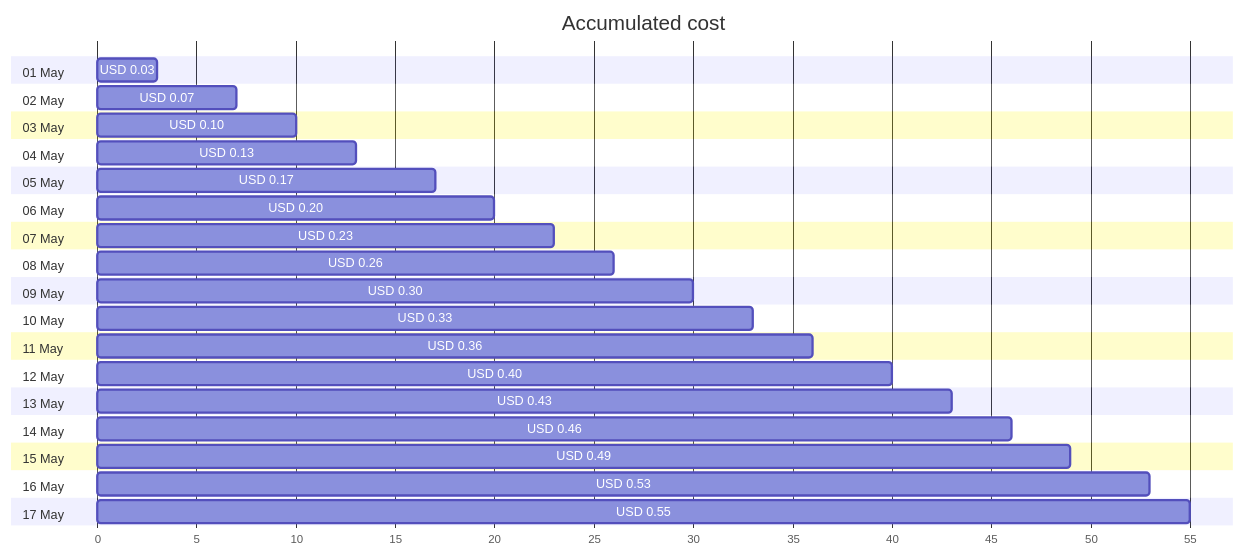
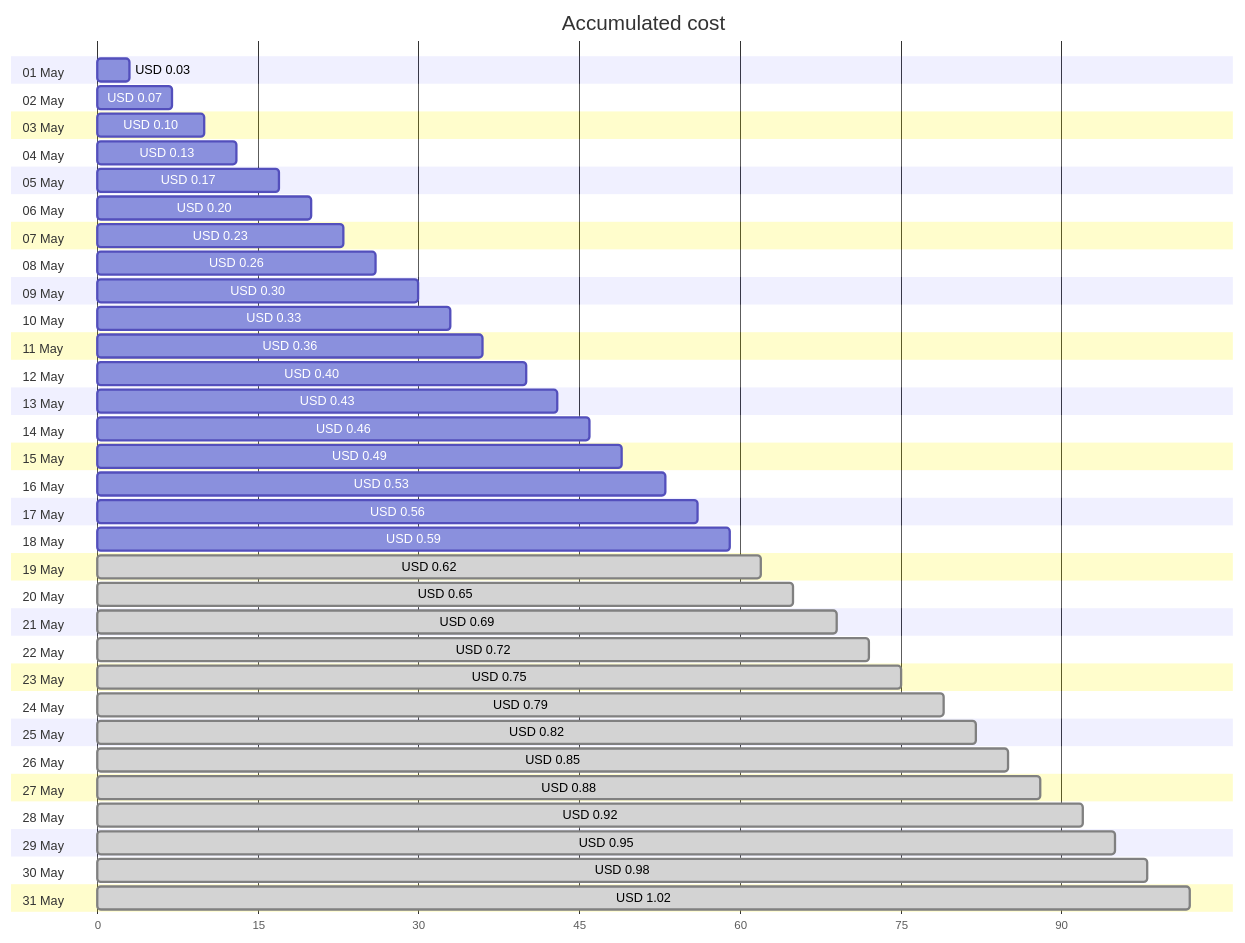
One commit to jpfulton/azure-personal-reports changed the first of 4 diagrams in cost-reports/personal-dns/README.md. Above: the diagram before and after it, drawn with Mermaid. The commit also changed other lines of this file and 2 other files, not shown here.

Commit message:
Generated reports [skip ci]

````diff
--- a/cost-reports/personal-dns/README.md
+++ b/cost-reports/personal-dns/README.md
@@ -20,40 +20,68 @@
 ```mermaid
 gantt
    title Accumulated cost
    dateFormat  X
    axisFormat %s
    section 01 May
    USD 0.03 :0, 3
    section 02 May
    USD 0.07 :0, 7
    section 03 May
    USD 0.10 :0, 10
    section 04 May
    USD 0.13 :0, 13
    section 05 May
    USD 0.17 :0, 17
    section 06 May
    USD 0.20 :0, 20
    section 07 May
    USD 0.23 :0, 23
    section 08 May
    USD 0.26 :0, 26
    section 09 May
    USD 0.30 :0, 30
    section 10 May
    USD 0.33 :0, 33
    section 11 May
    USD 0.36 :0, 36
    section 12 May
    USD 0.40 :0, 40
    section 13 May
    USD 0.43 :0, 43
    section 14 May
    USD 0.46 :0, 46
    section 15 May
    USD 0.49 :0, 49
    section 16 May
    USD 0.53 :0, 53
    section 17 May
-   USD 0.55 :0, 55
+   USD 0.56 :0, 56
+   section 18 May
+   USD 0.59 :0, 59
+   section 19 May
+   USD 0.62 : done, 0, 62
+   section 20 May
+   USD 0.65 : done, 0, 65
+   section 21 May
+   USD 0.69 : done, 0, 69
+   section 22 May
+   USD 0.72 : done, 0, 72
+   section 23 May
+   USD 0.75 : done, 0, 75
+   section 24 May
+   USD 0.79 : done, 0, 79
+   section 25 May
+   USD 0.82 : done, 0, 82
+   section 26 May
+   USD 0.85 : done, 0, 85
+   section 27 May
+   USD 0.88 : done, 0, 88
+   section 28 May
+   USD 0.92 : done, 0, 92
+   section 29 May
+   USD 0.95 : done, 0, 95
+   section 30 May
+   USD 0.98 : done, 0, 98
+   section 31 May
+   USD 1.02 : done, 0, 102
 ```
````
